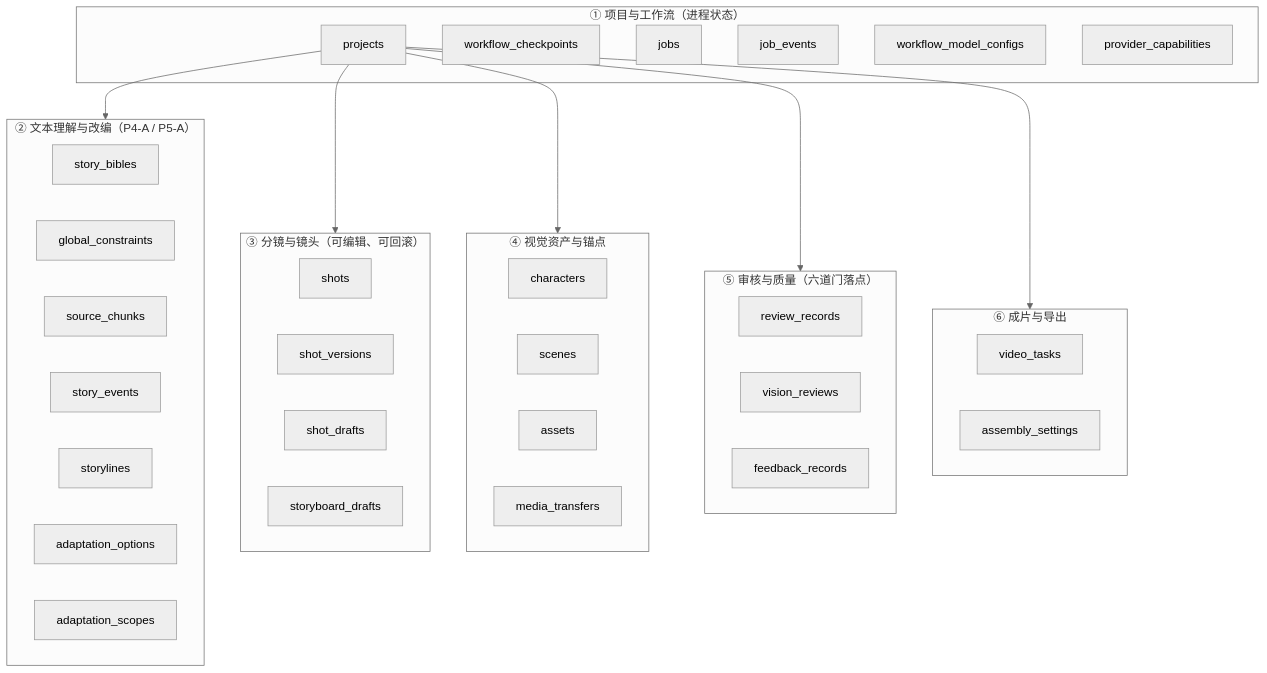
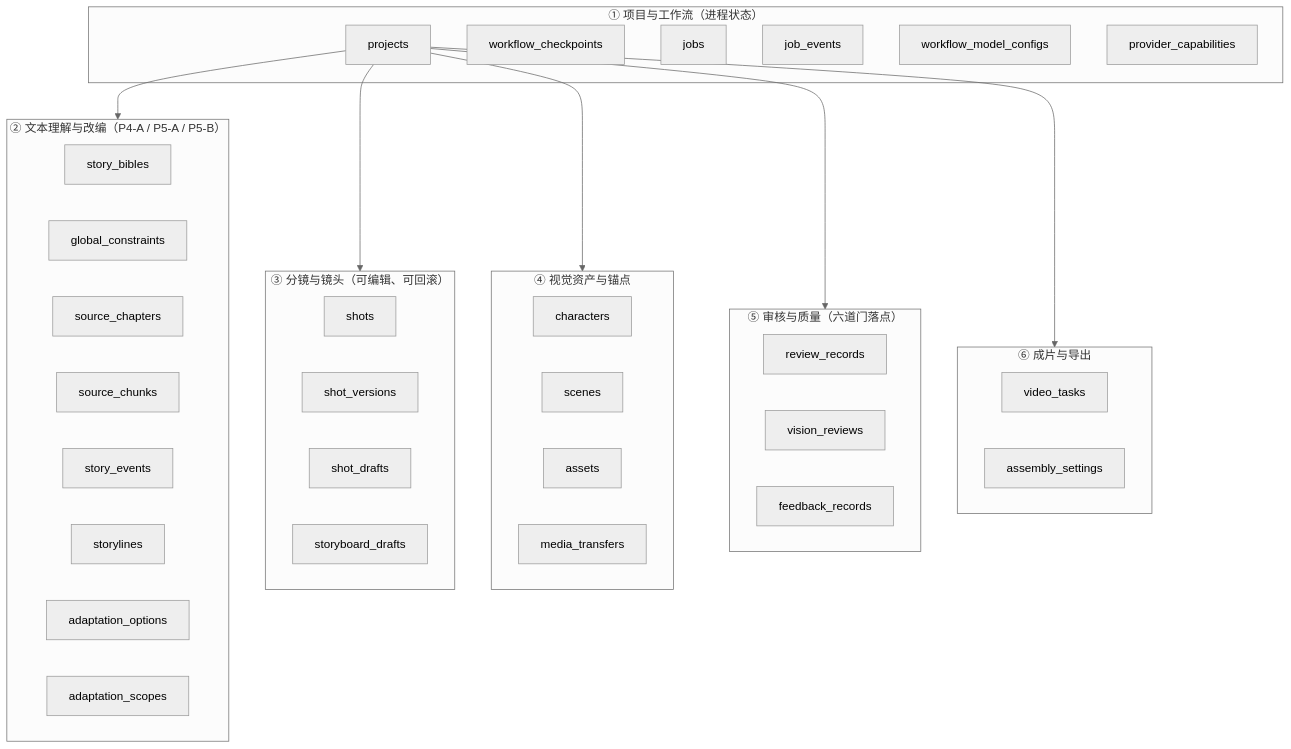
Before and after one commit to Bamzzo/VisionCraft: the ninth of 20 diagrams in docs/visioncraft-diagrams.md, drawn with Mermaid (neutral theme). The commit also changed other lines of this file and 6 other files, not shown here.

````diff
--- a/docs/visioncraft-diagrams.md
+++ b/docs/visioncraft-diagrams.md
@@ -293,52 +294,53 @@
 ```mermaid
 flowchart TB
   subgraph D1["① 项目与工作流（进程状态）"]
     projects
     workflow_checkpoints
     jobs
     job_events
     workflow_model_configs
     provider_capabilities
   end
 
-  subgraph D2["② 文本理解与改编（P4-A / P5-A）"]
+  subgraph D2["② 文本理解与改编（P4-A / P5-A / P5-B）"]
     story_bibles
     global_constraints
+    source_chapters
     source_chunks
     story_events
     storylines
     adaptation_options
     adaptation_scopes
   end
 
   subgraph D3["③ 分镜与镜头（可编辑、可回滚）"]
     shots
     shot_versions
     shot_drafts
     storyboard_drafts
   end
 
   subgraph D4["④ 视觉资产与锚点"]
     characters
     scenes
     assets
     media_transfers
   end
 
   subgraph D5["⑤ 审核与质量（六道门落点）"]
     review_records
     vision_reviews
     feedback_records
   end
 
   subgraph D6["⑥ 成片与导出"]
     video_tasks
     assembly_settings
   end
 
   projects --> D2
   projects --> D3
   projects --> D4
   projects --> D5
   projects --> D6
 ```
````
